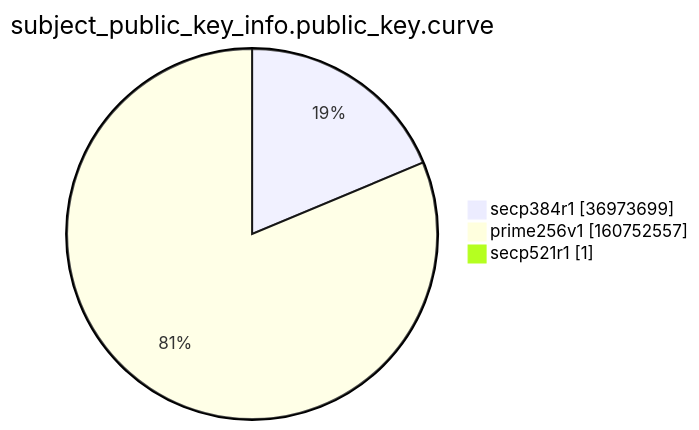
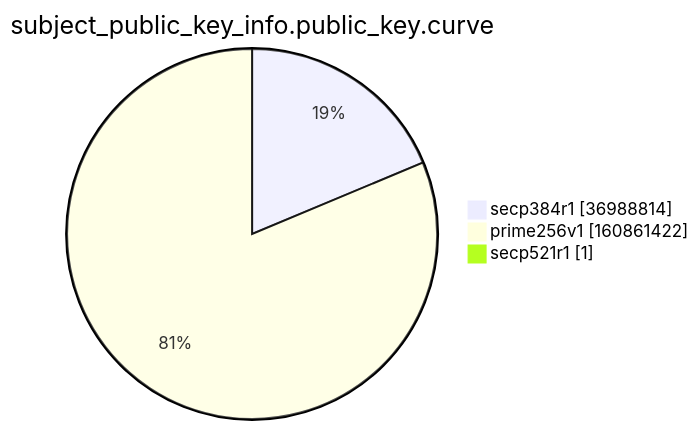
The ninth of 15 diagrams in argon2022/README.md (christiankrug/ctmonitor_visualization), drawn with Mermaid before and after one commit. The commit also changed other lines of this file, not shown here.

````diff
--- a/argon2022/README.md
+++ b/argon2022/README.md
@@ -2766,7 +2766,7 @@
 ```mermaid
 pie showData
 title subject_public_key_info.public_key.curve
-"secp384r1" :36973699
-"prime256v1" :160752557
+"secp384r1" :36988814
+"prime256v1" :160861422
 "secp521r1" :1
 ```
````
